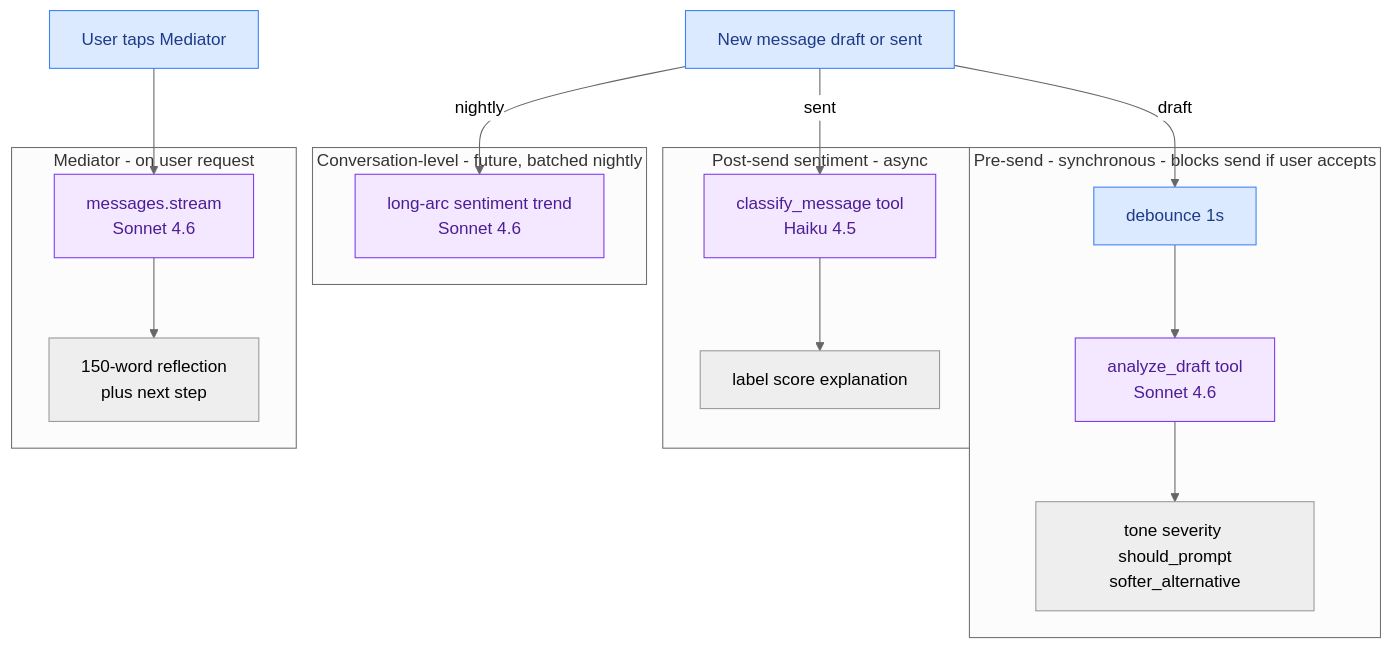
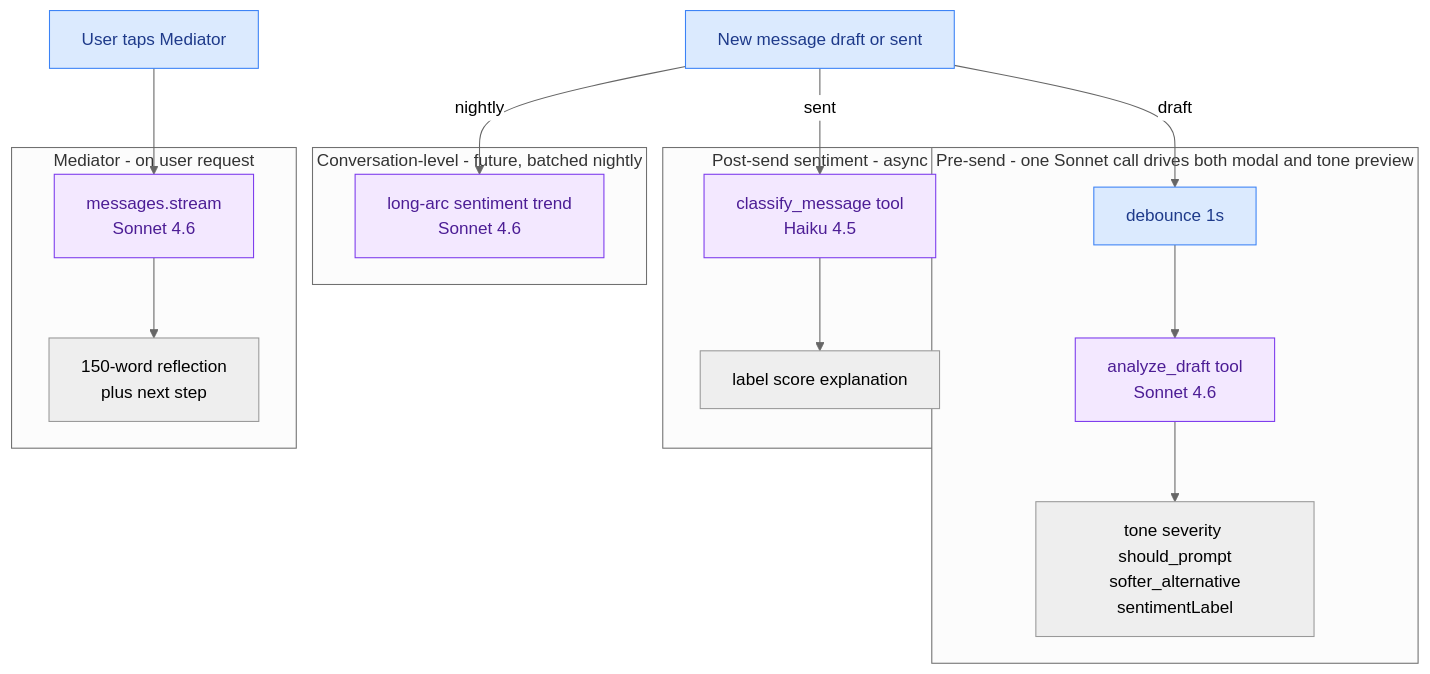
Before and after one commit to Proshashi/sentiment-analysis-chat: the sixth of 6 diagrams in docs/ARCHITECTURE.md, drawn with Mermaid (neutral theme). The commit also changed other lines of this file, not shown here.

First line of the commit message:
docs: add draft sentiment indicator to architecture overview

````diff
--- a/docs/ARCHITECTURE.md
+++ b/docs/ARCHITECTURE.md
@@ -325,36 +325,36 @@
 ```mermaid
 flowchart TB
     MSG[New message draft or sent]
 
-    subgraph PreSend [Pre-send - synchronous - blocks send if user accepts]
+    subgraph PreSend [Pre-send - one Sonnet call drives both modal and tone preview]
         PSI[debounce 1s]
         PSA[analyze_draft tool<br/>Sonnet 4.6]
-        PSO[tone severity should_prompt<br/>softer_alternative]
+        PSO[tone severity should_prompt<br/>softer_alternative<br/>sentimentLabel]
     end
 
     subgraph PostSend [Post-send sentiment - async]
         SA[classify_message tool<br/>Haiku 4.5]
         SO[label score explanation]
     end
 
     subgraph ConvLevel [Conversation-level - future, batched nightly]
         CL[long-arc sentiment trend<br/>Sonnet 4.6]
     end
 
     subgraph Mediator [Mediator - on user request]
         MED[messages.stream<br/>Sonnet 4.6]
         MEDO[150-word reflection<br/>plus next step]
     end
 
     MSG -->|draft| PSI
     PSI --> PSA --> PSO
     MSG -->|sent| SA --> SO
     MSG -->|nightly| CL
 
     USER[User taps Mediator] --> MED --> MEDO
 
     classDef ai fill:#F3E8FF,stroke:#7C3AED,color:#4C1D95
     classDef trigger fill:#DBEAFE,stroke:#3B82F6,color:#1E3A8A
     class PSA,SA,CL,MED ai
     class MSG,USER,PSI trigger
 ```
````
